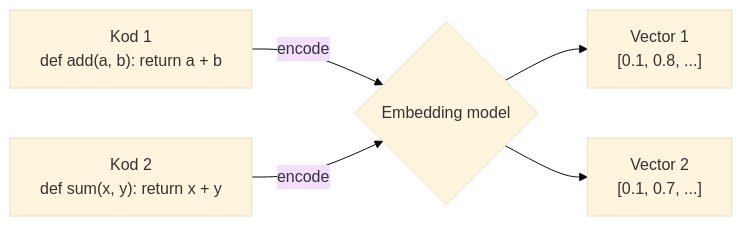
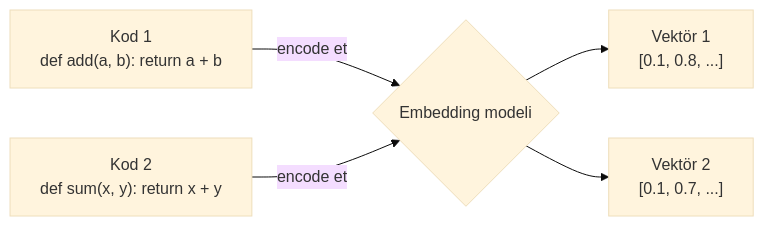
The second of 5 diagrams in mini-courses/1_fundamentals/rag_tr.md (lokumai/ai-engineering-bazaar), drawn with Mermaid (base theme) before and after one commit. The commit also changed other lines of this file and 63 other files, not shown here.

````diff
--- a/mini-courses/1_fundamentals/rag_tr.md
+++ b/mini-courses/1_fundamentals/rag_tr.md
@@ -91,7 +66,7 @@
 ```mermaid
 graph LR
-    A["Kod 1<br/>def add(a, b): return a + b"] -->|encode| M{Embedding model}
-    B["Kod 2<br/>def sum(x, y): return x + y"] -->|encode| M
-    M --> V1["Vector 1<br/>[0.1, 0.8, ...]"]
-    M --> V2["Vector 2<br/>[0.1, 0.7, ...]"]
+    A["Kod 1<br/>def add(a, b): return a + b"] -->|encode et| M{Embedding modeli}
+    B["Kod 2<br/>def sum(x, y): return x + y"] -->|encode et| M
+    M --> V1["Vektör 1<br/>[0.1, 0.8, ...]"]
+    M --> V2["Vektör 2<br/>[0.1, 0.7, ...]"]
 ```
````
